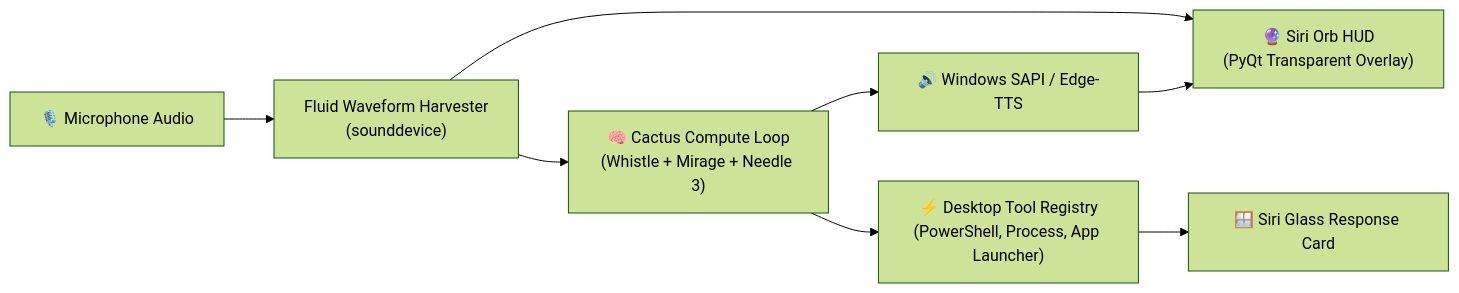
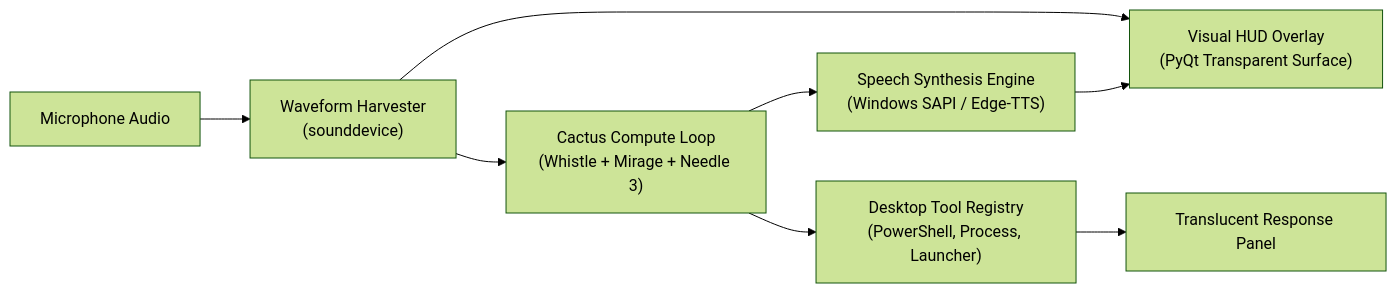
The diagram in README.md (NoorulAhameddev/cactus-desktop-operator), drawn with Mermaid (forest theme) before and after one commit. The commit also changed other lines of this file, not shown here.

````diff
--- a/README.md
+++ b/README.md
@@ -38,10 +38,10 @@
 ```mermaid
 flowchart LR
-    MIC["🎙️ Microphone Audio"] --> SENSING["Fluid Waveform Harvester<br/>(sounddevice)"]
-    SENSING --> ORB["🔮 Siri Orb HUD<br/>(PyQt Transparent Overlay)"]
-    SENSING --> BRAIN["🧠 Cactus Compute Loop<br/>(Whistle + Mirage + Needle 3)"]
-    BRAIN --> TOOLS["⚡ Desktop Tool Registry<br/>(PowerShell, Process, App Launcher)"]
-    BRAIN --> TTS["🔊 Windows SAPI / Edge-TTS"]
+    MIC["Microphone Audio"] --> SENSING["Waveform Harvester<br/>(sounddevice)"]
+    SENSING --> ORB["Visual HUD Overlay<br/>(PyQt Transparent Surface)"]
+    SENSING --> BRAIN["Cactus Compute Loop<br/>(Whistle + Mirage + Needle 3)"]
+    BRAIN --> TOOLS["Desktop Tool Registry<br/>(PowerShell, Process, Launcher)"]
+    BRAIN --> TTS["Speech Synthesis Engine<br/>(Windows SAPI / Edge-TTS)"]
     TTS --> ORB
-    TOOLS --> POPUP["🪟 Siri Glass Response Card"]
+    TOOLS --> POPUP["Translucent Response Panel"]
 ```
````
